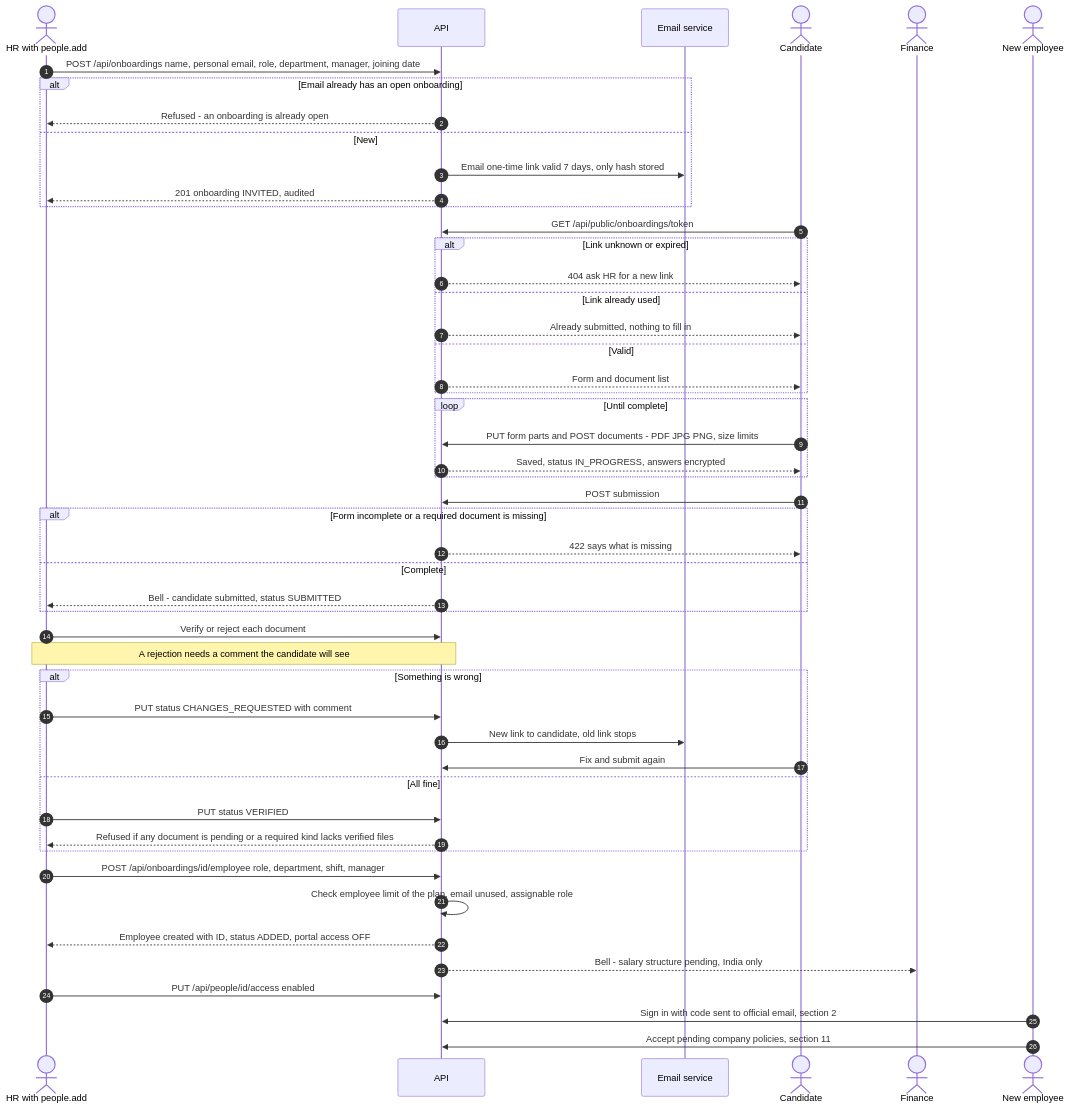
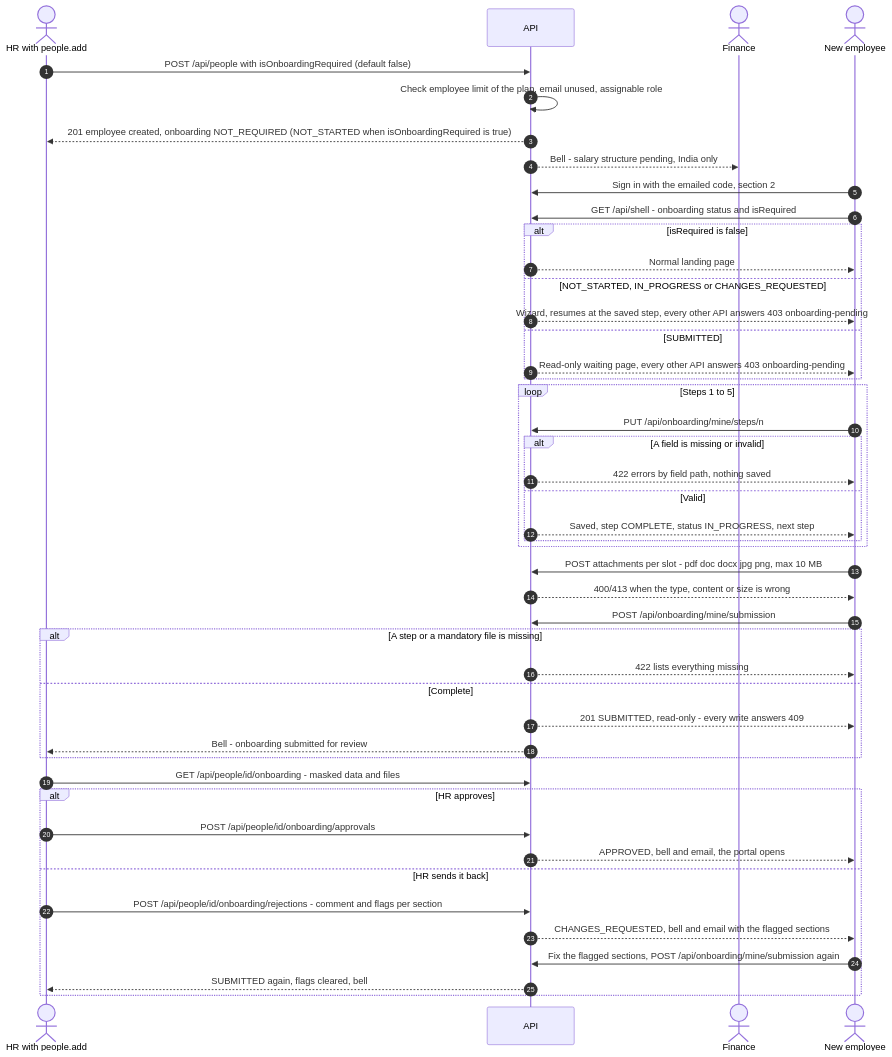
The fourth of 23 diagrams in references/FLOW-JurisOne.md (amitjurislpo/Juris-one), drawn with Mermaid before and after one commit. The commit also changed other lines of this file and 62 other files, not shown here.

First line of the commit message:
Employee onboarding wizard API: HR review, approval, locked portal, HR-on-behalf

````diff
--- a/references/FLOW-JurisOne.md
+++ b/references/FLOW-JurisOne.md
@@ -174,53 +175,49 @@
 ```mermaid
 sequenceDiagram
     autonumber
     actor HR as HR with people.add
     participant API as API
-    participant M as Email service
-    actor C as Candidate
     actor FIN as Finance
     actor E as New employee
 
-    HR->>API: POST /api/onboardings name, personal email, role, department, manager, joining date
-    alt Email already has an open onboarding
-        API-->>HR: Refused - an onboarding is already open
-    else New
-        API->>M: Email one-time link valid 7 days, only hash stored
-        API-->>HR: 201 onboarding INVITED, audited
+    HR->>API: POST /api/people with isOnboardingRequired (default false)
+    API->>API: Check employee limit of the plan, email unused, assignable role
+    API-->>HR: 201 employee created, onboarding NOT_REQUIRED (NOT_STARTED when isOnboardingRequired is true)
+    API-->>FIN: Bell - salary structure pending, India only
+    E->>API: Sign in with the emailed code, section 2
+    E->>API: GET /api/shell - onboarding status and isRequired
+    alt isRequired is false
+        API-->>E: Normal landing page
+    else NOT_STARTED, IN_PROGRESS or CHANGES_REQUESTED
+        API-->>E: Wizard, resumes at the saved step, every other API answers 403 onboarding-pending
+    else SUBMITTED
+        API-->>E: Read-only waiting page, every other API answers 403 onboarding-pending
     end
-    C->>API: GET /api/public/onboardings/token
-    alt Link unknown or expired
-        API-->>C: 404 ask HR for a new link
-    else Link already used
-        API-->>C: Already submitted, nothing to fill in
-    else Valid
-        API-->>C: Form and document list
+    loop Steps 1 to 5
+        E->>API: PUT /api/onboarding/mine/steps/n
+        alt A field is missing or invalid
+            API-->>E: 422 errors by field path, nothing saved
+        else Valid
+            API-->>E: Saved, step COMPLETE, status IN_PROGRESS, next step
+        end
     end
-    loop Until complete
-        C->>API: PUT form parts and POST documents - PDF JPG PNG, size limits
-        API-->>C: Saved, status IN_PROGRESS, answers encrypted
+    E->>API: POST attachments per slot - pdf doc docx jpg png, max 10 MB
+    API-->>E: 400/413 when the type, content or size is wrong
+    E->>API: POST /api/onboarding/mine/submission
+    alt A step or a mandatory file is missing
+        API-->>E: 422 lists everything missing
+    else Complete
+        API-->>E: 201 SUBMITTED, read-only - every write answers 409
+        API-->>HR: Bell - onboarding submitted for review
     end
-    C->>API: POST submission
-    alt Form incomplete or a required document is missing
-        API-->>C: 422 says what is missing
-    else Complete
-        API-->>HR: Bell - candidate submitted, status SUBMITTED
+    HR->>API: GET /api/people/id/onboarding - masked data and files
+    alt HR approves
+        HR->>API: POST /api/people/id/onboarding/approvals
+        API-->>E: APPROVED, bell and email, the portal opens
+    else HR sends it back
+        HR->>API: POST /api/people/id/onboarding/rejections - comment and flags per section
+        API-->>E: CHANGES_REQUESTED, bell and email with the flagged sections
+        E->>API: Fix the flagged sections, POST /api/onboarding/mine/submission again
+        API-->>HR: SUBMITTED again, flags cleared, bell
     end
-    HR->>API: Verify or reject each document
-    Note over HR,API: A rejection needs a comment the candidate will see
-    alt Something is wrong
-        HR->>API: PUT status CHANGES_REQUESTED with comment
-        API->>M: New link to candidate, old link stops
-        C->>API: Fix and submit again
-    else All fine
-        HR->>API: PUT status VERIFIED
-        API-->>HR: Refused if any document is pending or a required kind lacks verified files
-    end
-    HR->>API: POST /api/onboardings/id/employee role, department, shift, manager
-    API->>API: Check employee limit of the plan, email unused, assignable role
-    API-->>HR: Employee created with ID, status ADDED, portal access OFF
-    API-->>FIN: Bell - salary structure pending, India only
-    HR->>API: PUT /api/people/id/access enabled
-    E->>API: Sign in with code sent to official email, section 2
-    E->>API: Accept pending company policies, section 11
 ```
````
